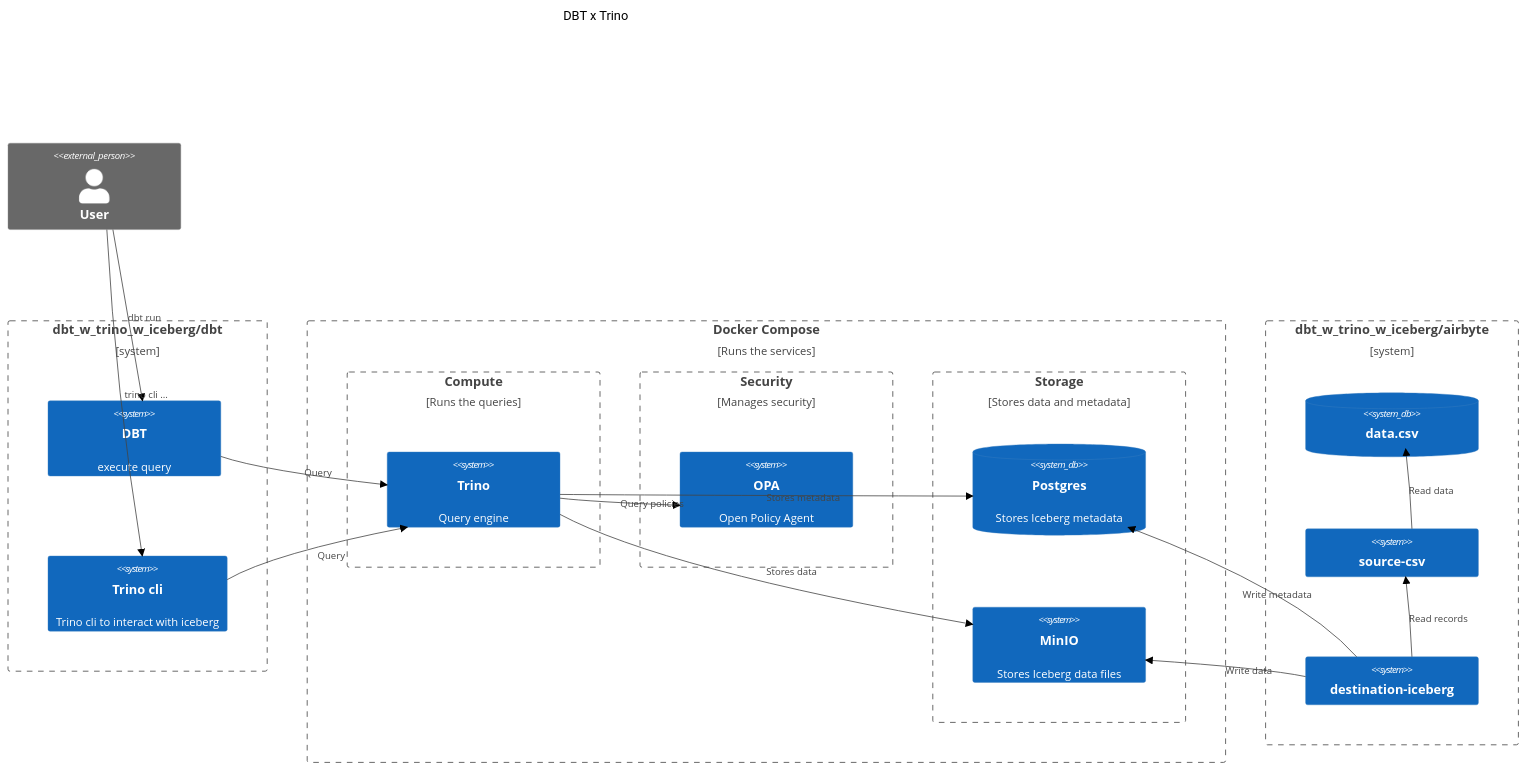
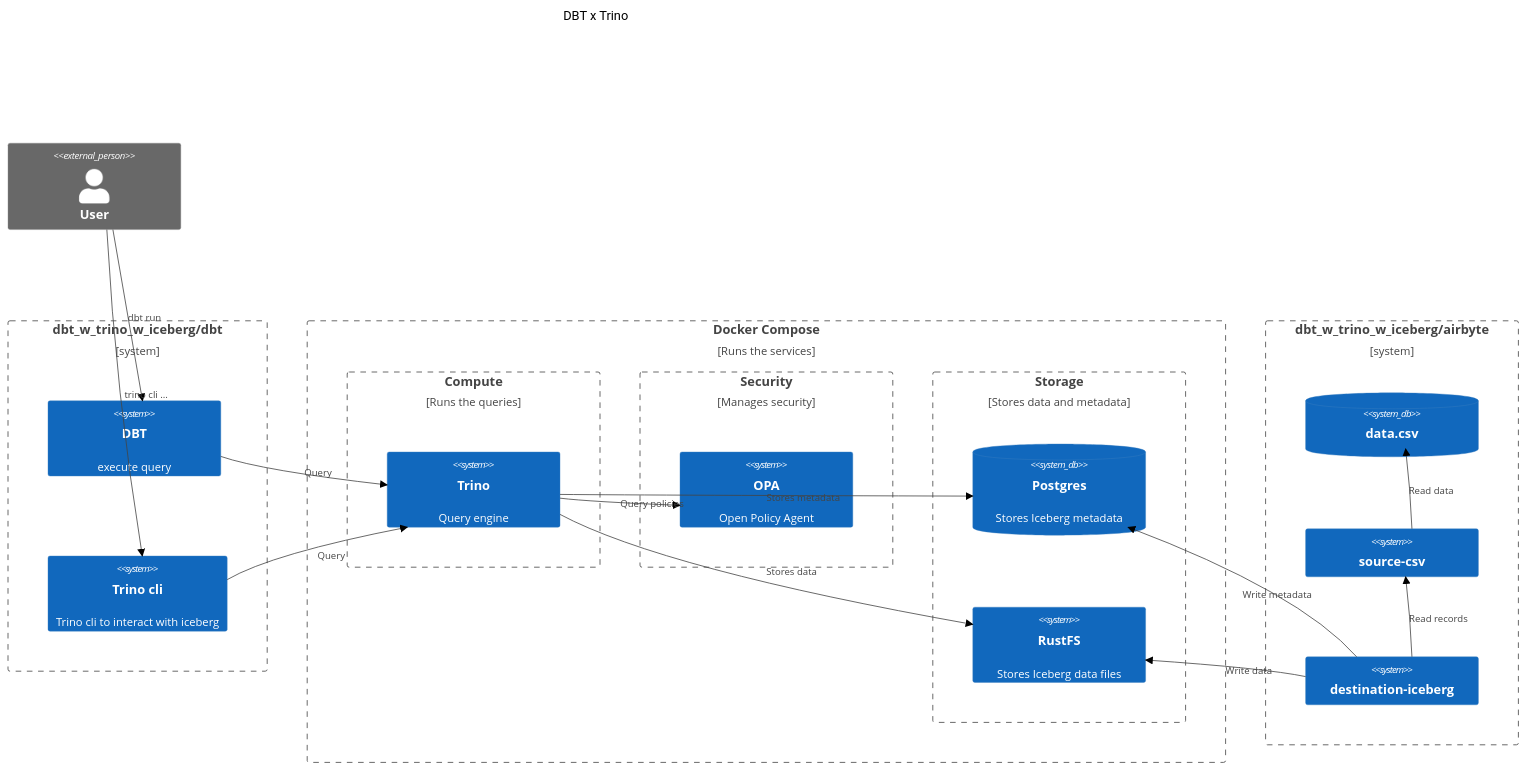
The diagram in README.md (solimy/dbt_w_trino_w_iceberg), drawn with Mermaid (neutral theme) before and after one commit. The commit also changed other lines of this file and 53 other files, not shown here.

````diff
--- a/README.md
+++ b/README.md
@@ -71,51 +123,51 @@
 ```mermaid
 C4Context
     title DBT x Trino
 
     Person_Ext(user, "User")
     Rel(user, dbt, "dbt run")
     Rel(user, cli, "trino cli ...")
 
     Boundary(dbt_dir, "dbt_w_trino_w_iceberg/dbt") {
         System(dbt, "DBT", "Runs the queries")
         System(cli, "Trino cli", "Trino cli to interact with iceberg")
         Rel(cli, trino, "Query")
 
         System(dbt, "DBT", "execute query")
         Rel(dbt, trino, "Query")
     }
 
 
     Boundary(dockercompose, "Docker Compose", "Runs the services") {
         Boundary(compute, "Compute", "Runs the queries") {
             System(trino, "Trino", "Query engine")
         }
 
         Boundary(security, "Security", "Manages security") {
             System(opa, "OPA", "Open Policy Agent")
         }
 
         Boundary(storage, "Storage", "Stores data and metadata") {
             SystemDb(postgres, "Postgres", "Stores Iceberg metadata")
-            System(minio, "MinIO", "Stores Iceberg data files")
+            System(rustfs, "RustFS", "Stores Iceberg data files")
         }
 
         Rel(trino, postgres, "Stores metadata")
-        Rel(trino, minio, "Stores data")
+        Rel(trino, rustfs, "Stores data")
         Rel(trino, opa, "Query policies")
     }
 
     Boundary(airbyte_dir, "dbt_w_trino_w_iceberg/airbyte") {
         SystemDb(airbyte_data, "data.csv")
         System(airbyte_src, "source-csv")
         System(airbyte_dest, "destination-iceberg")
 
         Rel(airbyte_src, airbyte_data, "Read data")
         Rel(airbyte_dest, airbyte_src, "Read records")
         Rel(airbyte_dest, postgres, "Write metadata")
-        Rel(airbyte_dest, minio, "Write data")
+        Rel(airbyte_dest, rustfs, "Write data")
     }
 
 
     UpdateLayoutConfig($c4ShapeInRow="1", $c4BoundaryInRow="3", $c4BoundaryInRow="2")
 ```
````
